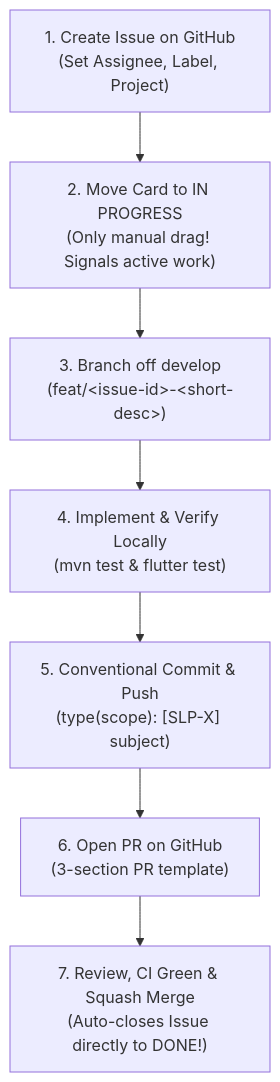
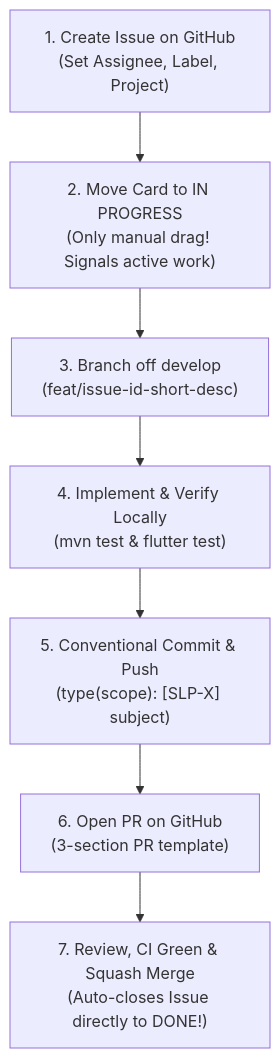
Before and after one commit to Varian08/smart-local-planner: the first of 2 diagrams in docs/DEVELOPER_WORKFLOW_PLAYBOOK.md, drawn with Mermaid. The commit also changed other lines of this file and 4 other files, not shown here.

Commit message:
docs(mermaid): disable htmlLabels and remove HTML bold tags to prevent SVG foreignObject text clipping

````diff
--- a/docs/DEVELOPER_WORKFLOW_PLAYBOOK.md
+++ b/docs/DEVELOPER_WORKFLOW_PLAYBOOK.md
@@ -14,9 +14,10 @@
 ```mermaid
+%%{init: {'flowchart': {'htmlLabels': false}}}%%
 flowchart TD
     Step1["1. Create Issue on GitHub<br/>(Set Assignee, Label, Project)"] --> Step2["2. Move Card to IN PROGRESS<br/>(Only manual drag! Signals active work)"]
-    Step2 --> Step3["3. Branch off develop<br/>(feat/&lt;issue-id&gt;-&lt;short-desc&gt;)"]
+    Step2 --> Step3["3. Branch off develop<br/>(feat/issue-id-short-desc)"]
     Step3 --> Step4["4. Implement & Verify Locally<br/>(mvn test & flutter test)"]
     Step4 --> Step5["5. Conventional Commit & Push<br/>(type(scope): [SLP-X] subject)"]
     Step5 --> Step6["6. Open PR on GitHub<br/>(3-section PR template)"]
     Step6 --> Step7["7. Review, CI Green & Squash Merge<br/>(Auto-closes Issue directly to DONE!)"]
 ```
````
